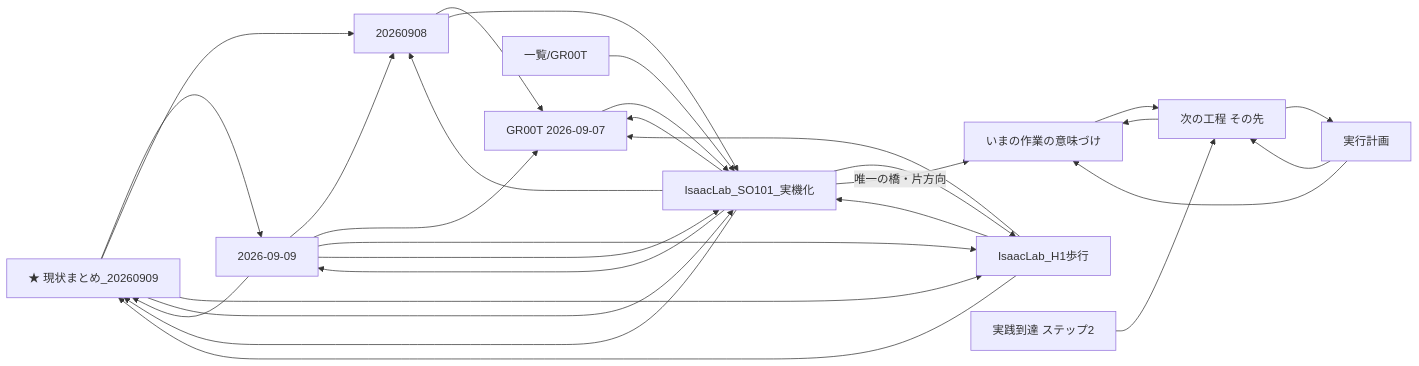
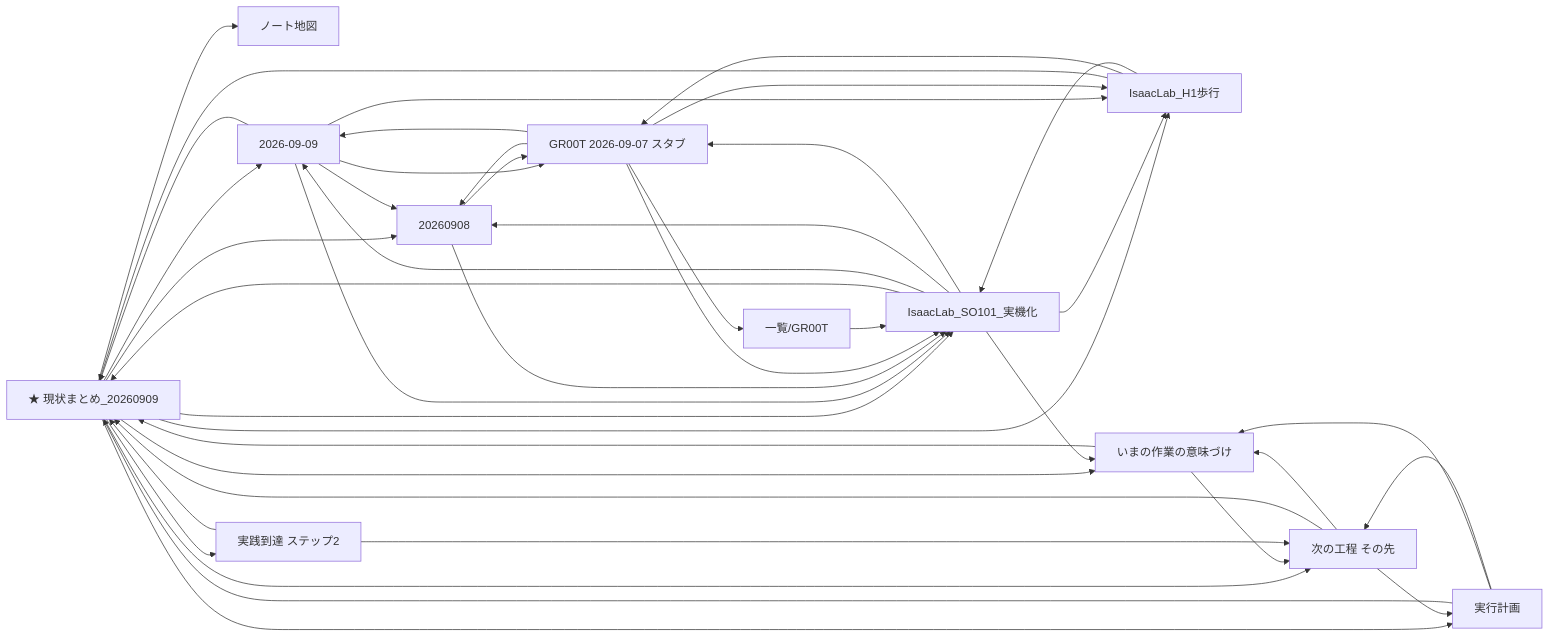
The second of 2 diagrams in 一覧/SO101_ノート地図_20260910.md (kuni10saito/obsidian-vault), drawn with Mermaid before and after one commit. The commit also changed other lines of this file and 6 other files, not shown here.

````diff
--- a/一覧/SO101_ノート地図_20260910.md
+++ b/一覧/SO101_ノート地図_20260910.md
@@ -46,26 +46,28 @@
 ```mermaid
 graph LR
     NOW["★ 現状まとめ_20260909"]
+    MAP["ノート地図"]
     JK["IsaacLab_SO101_実機化"]
     H1["IsaacLab_H1歩行"]
-    G7["GR00T 2026-09-07"]
+    G7["GR00T 2026-09-07 スタブ"]
     D8["20260908"]
     S9["2026-09-09"]
     GN["一覧/GR00T"]
     M1["いまの作業の意味づけ"]
     M2["次の工程 その先"]
     M3["実行計画"]
     M4["実践到達 ステップ2"]
-    NOW --> S9 & D8 & H1 & JK
-    JK --> NOW & S9 & D8 & G7 & H1
+    NOW --> S9 & D8 & H1 & JK & MAP
+    NOW --> M1 & M2 & M3 & M4
+    M1 & M2 & M3 & M4 --> NOW
+    JK --> NOW & S9 & D8 & G7 & H1 & M1
     H1 --> NOW & G7 & JK
     S9 --> NOW & D8 & G7 & H1 & JK
     D8 --> G7 & JK
-    G7 --> JK
+    G7 --> GN & JK & H1 & D8 & S9
     GN --> JK
-    JK -->|唯一の橋・片方向| M1
     M1 --> M2
     M2 --> M1 & M3
     M3 --> M1 & M2
     M4 --> M2
 ```
````
